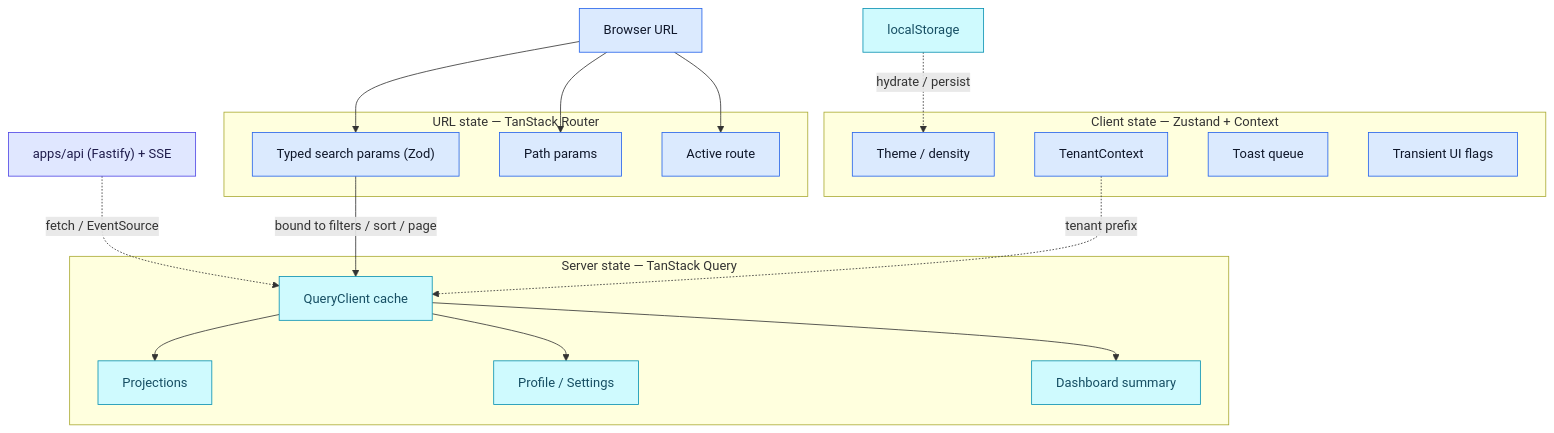
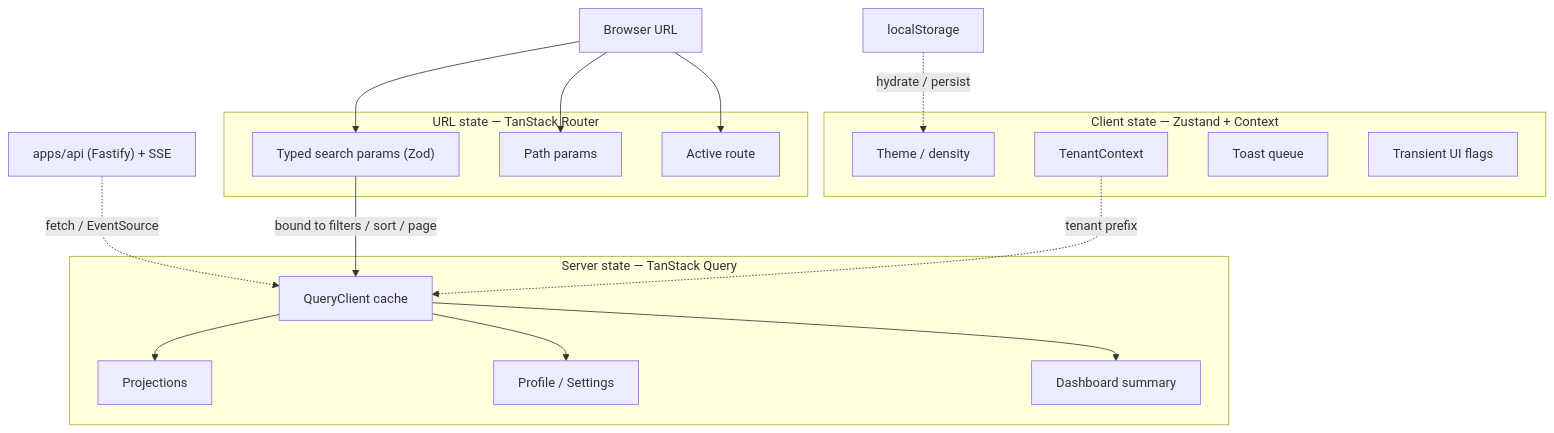
Before and after one commit to ebarti/JobCtrl: the diagram in docs/architecture/frontend/index.md, drawn with Mermaid. The commit also changed 46 other files, not shown here.

````diff
--- a/docs/architecture/frontend/index.md
+++ b/docs/architecture/frontend/index.md
@@ -141,42 +141,39 @@
 ```mermaid
 graph TB
     subgraph "Server state — TanStack Query"
         QC["QueryClient cache"]
         PJ["Projections"]
         PR["Profile / Settings"]
         DS["Dashboard summary"]
     end
 
     subgraph "URL state — TanStack Router"
         SP["Typed search params (Zod)"]
         PP["Path params"]
         RT["Active route"]
     end
 
     subgraph "Client state — Zustand + Context"
         TH["Theme / density"]
         TN["TenantContext"]
         TS["Toast queue"]
         UI["Transient UI flags"]
     end
 
     BE["apps/api (Fastify) + SSE"] -.->|"fetch / EventSource"| QC
     QC --> PJ
     QC --> PR
     QC --> DS
 
     BR["Browser URL"] --> SP
     BR --> PP
     BR --> RT
     SP -->|"bound to filters / sort / page"| QC
 
     LS["localStorage"] -.->|"hydrate / persist"| TH
     TN -.->|"tenant prefix"| QC
 
-    classDef ui fill:#dbeafe,stroke:#2563eb,color:#0f172a
-    classDef ts fill:#e0e7ff,stroke:#4f46e5,color:#1e1b4b
-    classDef store fill:#cffafe,stroke:#0891b2,color:#164e63
     class BE ts
     class SP,PP,RT,TH,TN,TS,UI,BR ui
     class QC,PJ,PR,DS,LS store
 ```
````
